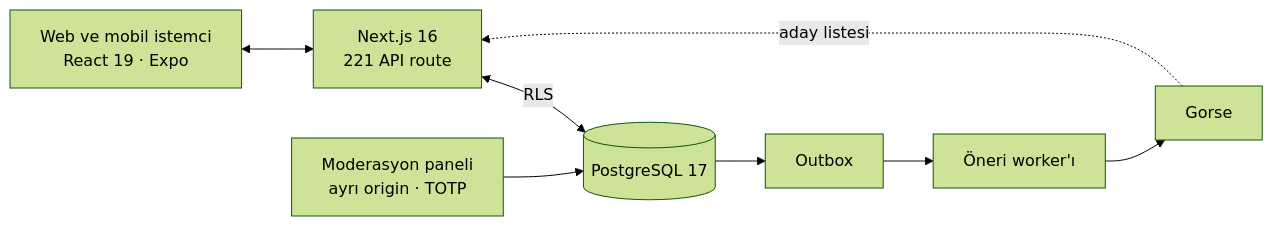
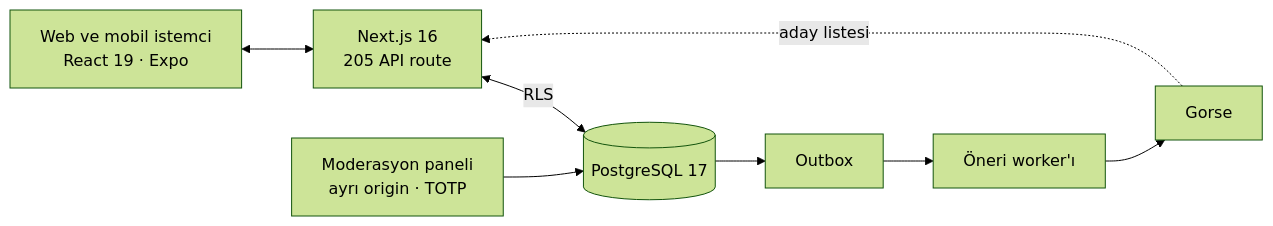
Before and after one commit to LightWonkas/avizi-showcase: the diagram in README.md, drawn with Mermaid (forest theme). The commit also changed other lines of this file and 2 other files, not shown here.

````diff
--- a/README.md
+++ b/README.md
@@ -46,10 +46,10 @@
 ```mermaid
 flowchart LR
-  C[Web ve mobil istemci<br/>React 19 · Expo] <--> N[Next.js 16<br/>221 API route]
+  C[Web ve mobil istemci<br/>React 19 · Expo] <--> N[Next.js 16<br/>205 API route]
   N <-->|RLS| DB[(PostgreSQL 17)]
   DB --> O[Outbox]
   O --> W[Öneri worker'ı]
   W --> G[Gorse]
   G -.->|aday listesi| N
   M[Moderasyon paneli<br/>ayrı origin · TOTP] --> DB
 ```
````
